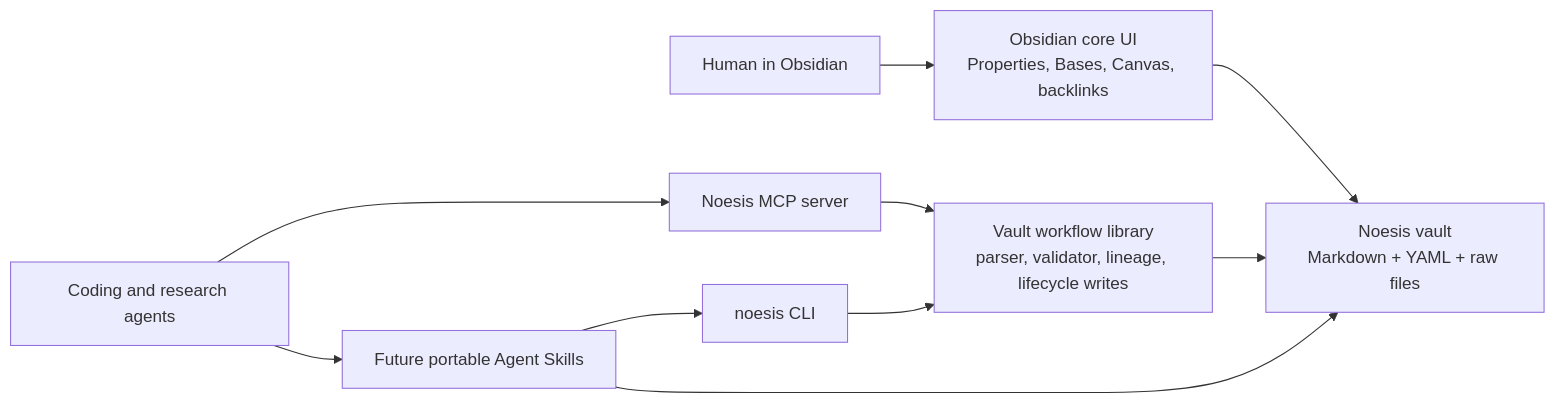
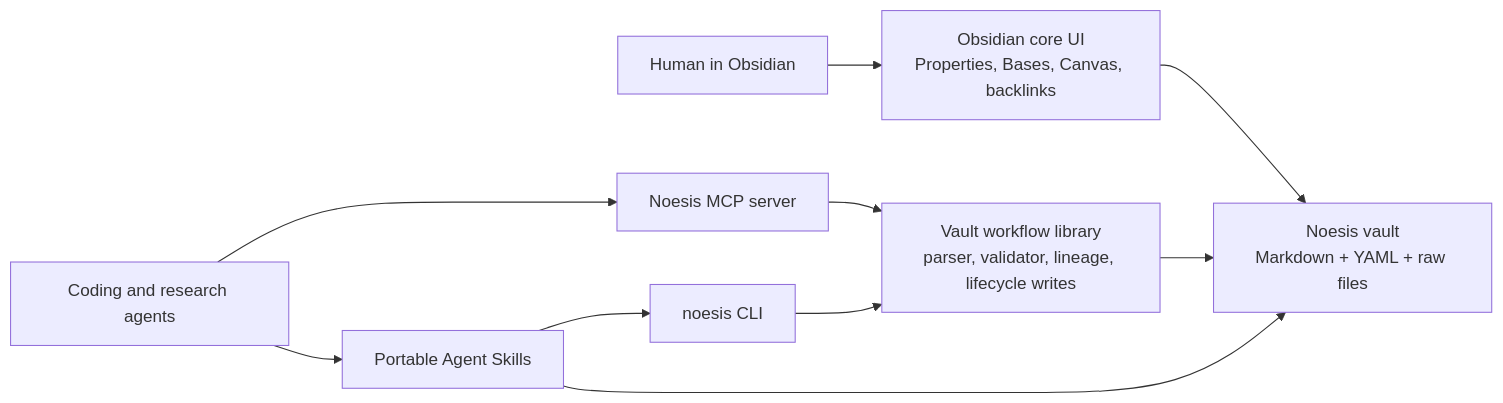
The diagram in docs/architecture/noesis-local-first-obsidian-interface.md (mark-groves/noesis-foundry), drawn with Mermaid before and after one commit. The commit also changed other lines of this file and 3 other files, not shown here.

````diff
--- a/docs/architecture/noesis-local-first-obsidian-interface.md
+++ b/docs/architecture/noesis-local-first-obsidian-interface.md
@@ -169,12 +169,12 @@
 ```mermaid
 flowchart LR
   H["Human in Obsidian"] --> O["Obsidian core UI\nProperties, Bases, Canvas, backlinks"]
   O --> V["Noesis vault\nMarkdown + YAML + raw files"]
   L["Vault workflow library\nparser, validator, lineage, lifecycle writes"] --> V
   CLI["noesis CLI"] --> L
   MCP["Noesis MCP server"] --> L
-  Skills["Future portable Agent Skills"] --> CLI
+  Skills["Portable Agent Skills"] --> CLI
   Skills --> V
   Agents["Coding and research agents"] --> MCP
   Agents --> Skills
 ```
````
